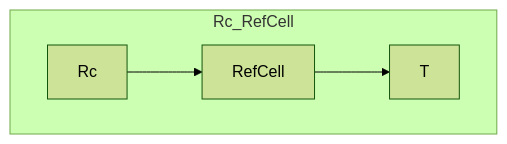
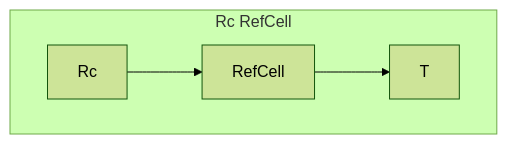
The first of 4 diagrams in Chapter-15(SmartPointers_and_MemoryModels)/19-Smart_Pointer_순서.md (xmlbuilder/RustTutorial), drawn with Mermaid (forest theme) before and after one commit. The commit also changed other lines of this file, not shown here.

````diff
--- a/Chapter-15(SmartPointers_and_MemoryModels)/19-Smart_Pointer_순서.md
+++ b/Chapter-15(SmartPointers_and_MemoryModels)/19-Smart_Pointer_순서.md
@@ -142,10 +142,10 @@
 ```mermaid
 graph TD
-  subgraph Rc_RefCell
+  subgraph Rc RefCell
     A1[Rc]
     A2[RefCell]
     A3[T]
     A1 --> A2
     A2 --> A3
   end
 ```
````
